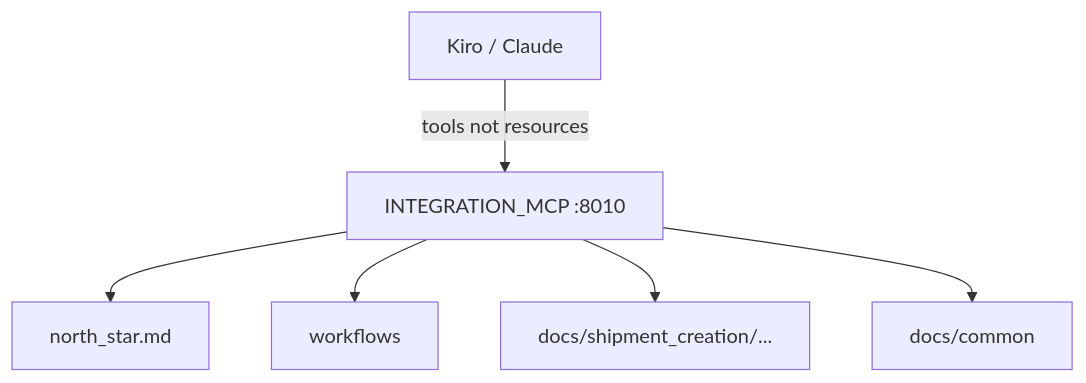
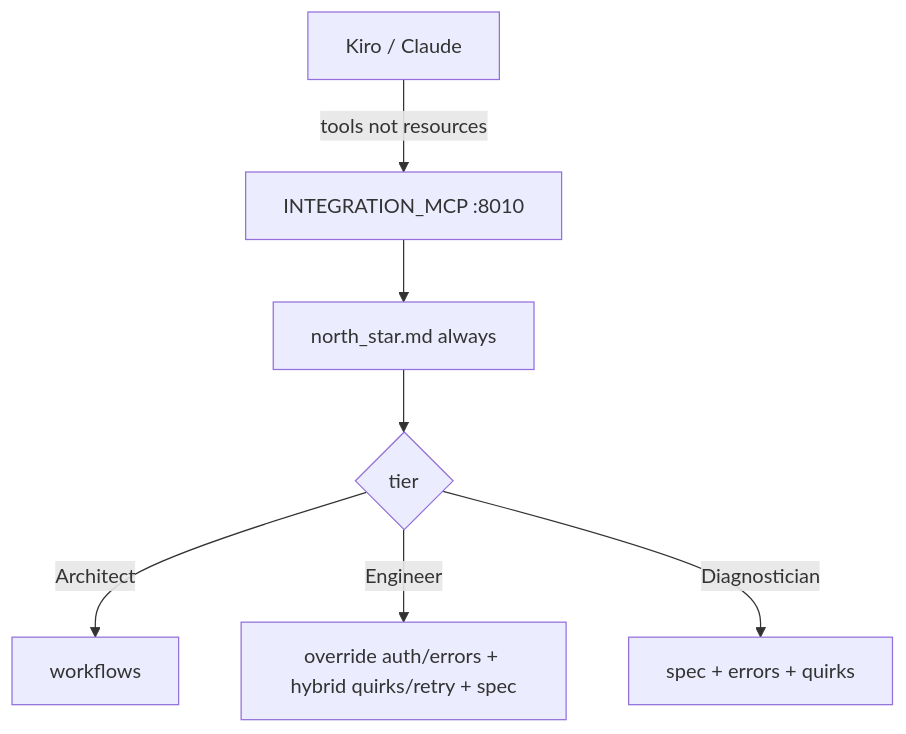
Before and after one commit to zekkrron/cs-knowledge-base: the second of 2 diagrams in Resume/Delhivery/01 - MCP Servers.md, drawn with Mermaid. The commit also changed other lines of this file and 25 other files, not shown here.

````diff
--- a/Resume/Delhivery/01 - MCP Servers.md
+++ b/Resume/Delhivery/01 - MCP Servers.md
@@ -100,8 +133,9 @@
 ```mermaid
 flowchart TD
-    IDE[Kiro / Claude] -->|tools not resources| S[INTEGRATION_MCP :8010]
-    S --> NS[north_star.md]
-    S --> W[workflows]
-    S --> A[docs/shipment_creation/...]
-    S --> C[docs/common]
+  IDE[Kiro / Claude] -->|tools not resources| S[INTEGRATION_MCP :8010]
+  S --> NS[north_star.md always]
+  NS --> T{tier}
+  T -->|Architect| W[workflows]
+  T -->|Engineer| Mix[override auth/errors + hybrid quirks/retry + spec]
+  T -->|Diagnostician| Fix[spec + errors + quirks]
 ```
````
